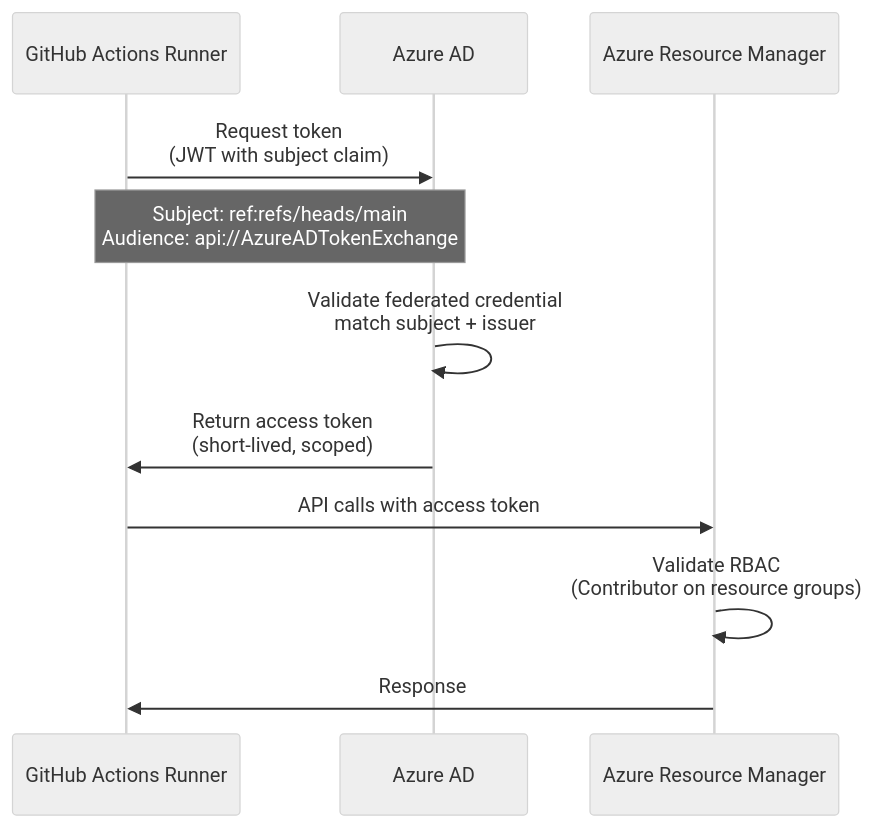
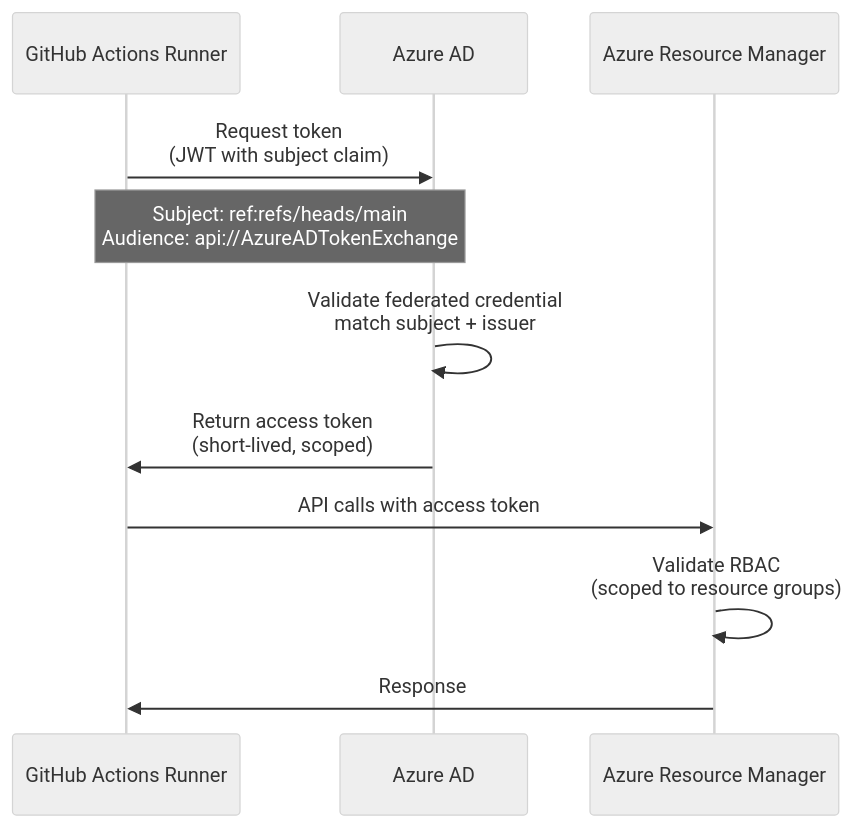
One commit to moshstaq/azure-landing-zone changed the fourth of 6 diagrams in docs/architecture.md. Above: the diagram before and after it, drawn with Mermaid (neutral theme). The commit also changed other lines of this file, not shown here.

Commit message:
docs: Update the repo architecture

````diff
--- a/docs/architecture.md
+++ b/docs/architecture.md
@@ -115,17 +115,17 @@
 ```mermaid
 sequenceDiagram
     participant GH as GitHub Actions Runner
     participant AAD as Azure AD
     participant ARM as Azure Resource Manager
 
     GH->>AAD: Request token<br/>(JWT with subject claim)
     Note over GH,AAD: Subject: ref:refs/heads/main<br/>Audience: api://AzureADTokenExchange
 
     AAD->>AAD: Validate federated credential<br/>match subject + issuer
 
     AAD->>GH: Return access token<br/>(short-lived, scoped)
 
     GH->>ARM: API calls with access token
-    ARM->>ARM: Validate RBAC<br/>(Contributor on resource groups)
+    ARM->>ARM: Validate RBAC<br/>(scoped to resource groups)
     ARM->>GH: Response
 ```
````
